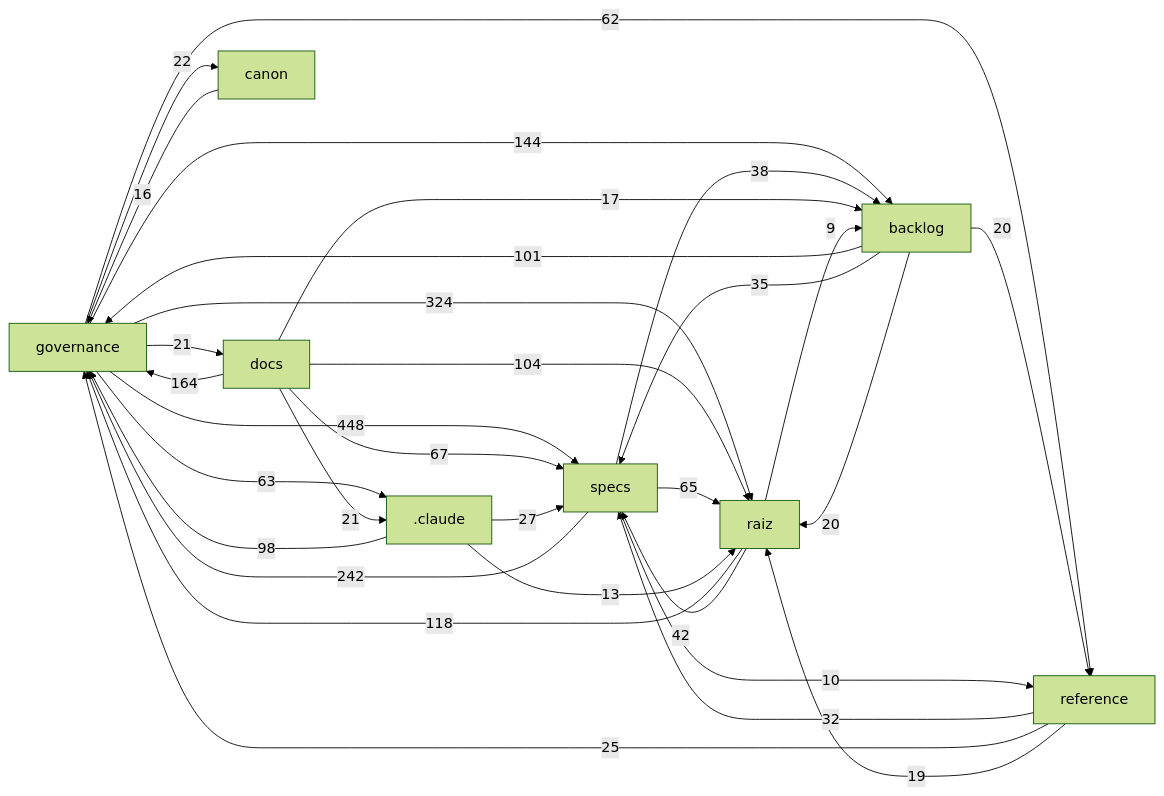
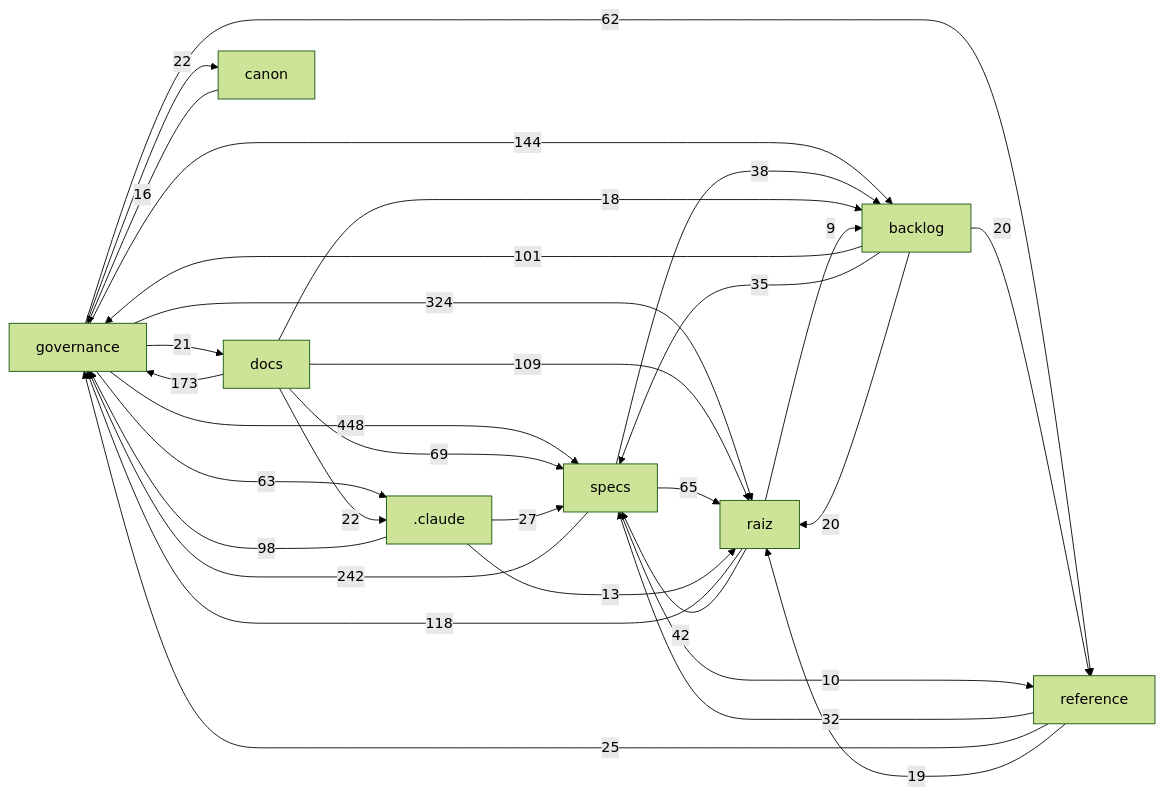
The diagram in docs/mapa/MAPA-PROJETO.md (Andraus35/Sistema-Operacional-de-Trading--SOT), drawn with Mermaid (forest theme) before and after one commit. The commit also changed other lines of this file and 6 other files, not shown here.

````diff
--- a/docs/mapa/MAPA-PROJETO.md
+++ b/docs/mapa/MAPA-PROJETO.md
@@ -29,33 +29,33 @@
 ```mermaid
 flowchart LR
   governance["governance"] -->|448| specs["specs"]
   governance["governance"] -->|324| raiz["raiz"]
   specs["specs"] -->|242| governance["governance"]
-  docs["docs"] -->|164| governance["governance"]
+  docs["docs"] -->|173| governance["governance"]
   governance["governance"] -->|144| backlog["backlog"]
   raiz["raiz"] -->|118| governance["governance"]
-  docs["docs"] -->|104| raiz["raiz"]
+  docs["docs"] -->|109| raiz["raiz"]
   backlog["backlog"] -->|101| governance["governance"]
   _claude[".claude"] -->|98| governance["governance"]
-  docs["docs"] -->|67| specs["specs"]
+  docs["docs"] -->|69| specs["specs"]
   specs["specs"] -->|65| raiz["raiz"]
   governance["governance"] -->|63| _claude[".claude"]
   governance["governance"] -->|62| reference["reference"]
   raiz["raiz"] -->|42| specs["specs"]
   specs["specs"] -->|38| backlog["backlog"]
   backlog["backlog"] -->|35| specs["specs"]
   reference["reference"] -->|32| specs["specs"]
   _claude[".claude"] -->|27| specs["specs"]
   reference["reference"] -->|25| governance["governance"]
+  docs["docs"] -->|22| _claude[".claude"]
   governance["governance"] -->|22| canon["canon"]
-  docs["docs"] -->|21| _claude[".claude"]
   governance["governance"] -->|21| docs["docs"]
   backlog["backlog"] -->|20| raiz["raiz"]
   backlog["backlog"] -->|20| reference["reference"]
   reference["reference"] -->|19| raiz["raiz"]
-  docs["docs"] -->|17| backlog["backlog"]
+  docs["docs"] -->|18| backlog["backlog"]
   canon["canon"] -->|16| governance["governance"]
   _claude[".claude"] -->|13| raiz["raiz"]
   specs["specs"] -->|10| reference["reference"]
   raiz["raiz"] -->|9| backlog["backlog"]
 ```
````
